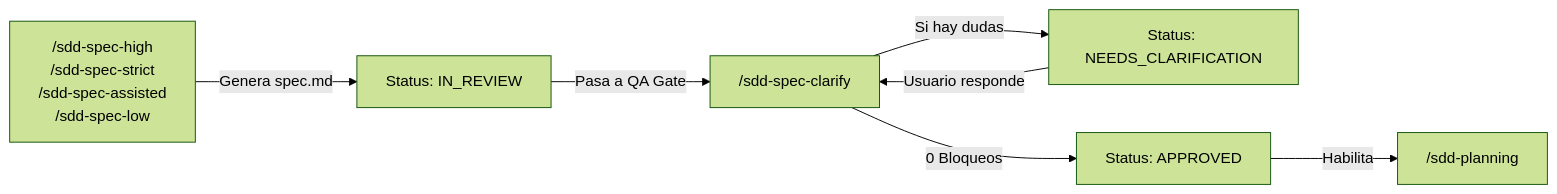
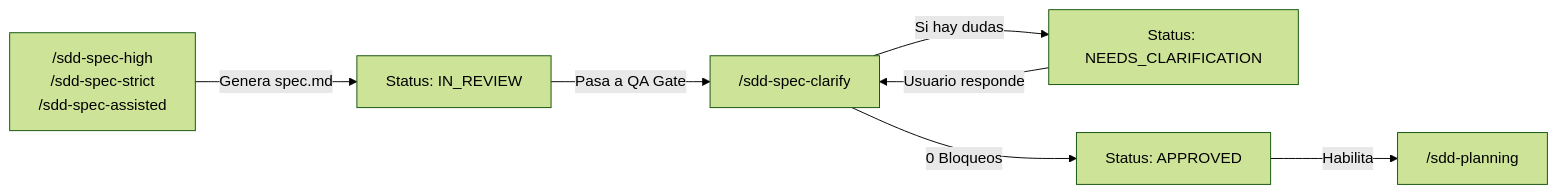
Before and after one commit to Thebetus7/SW2-G17-SDD-26-2: the second of 3 diagrams in templates/sdd-init.md, drawn with Mermaid (forest theme). The commit also changed other lines of this file and 10 other files, not shown here.

````diff
--- a/templates/sdd-init.md
+++ b/templates/sdd-init.md
@@ -491,9 +490,9 @@
 ```mermaid
 flowchart LR
-    SH["/sdd-spec-high<br/>/sdd-spec-strict<br/>/sdd-spec-assisted<br/>/sdd-spec-low"] -->|"Genera spec.md"| IR["Status: IN_REVIEW"]
+    SH["/sdd-spec-high<br/>/sdd-spec-strict<br/>/sdd-spec-assisted"] -->|"Genera spec.md"| IR["Status: IN_REVIEW"]
     IR -->|"Pasa a QA Gate"| SC["/sdd-spec-clarify"]
     SC -->|"Si hay dudas"| NC["Status: NEEDS_CLARIFICATION"]
     NC -->|"Usuario responde"| SC
     SC -->|"0 Bloqueos"| AP["Status: APPROVED"]
     AP -->|"Habilita"| PL["/sdd-planning"]
 ```
````
